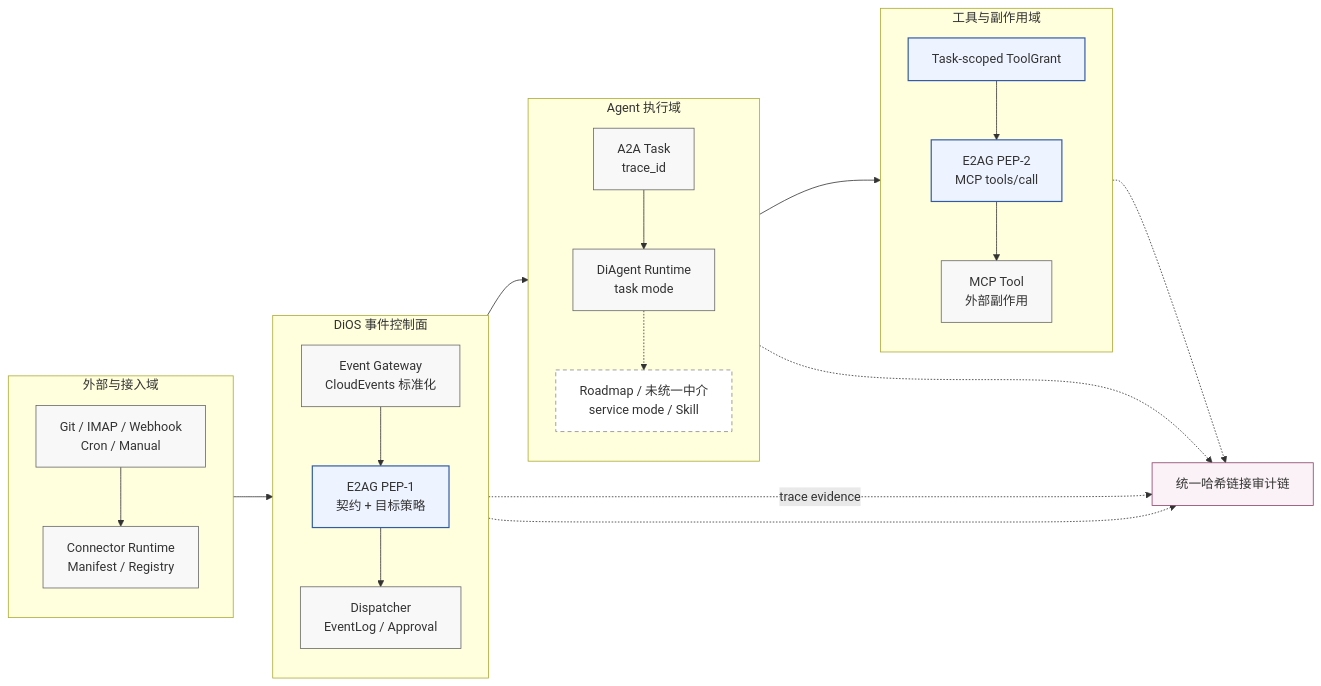
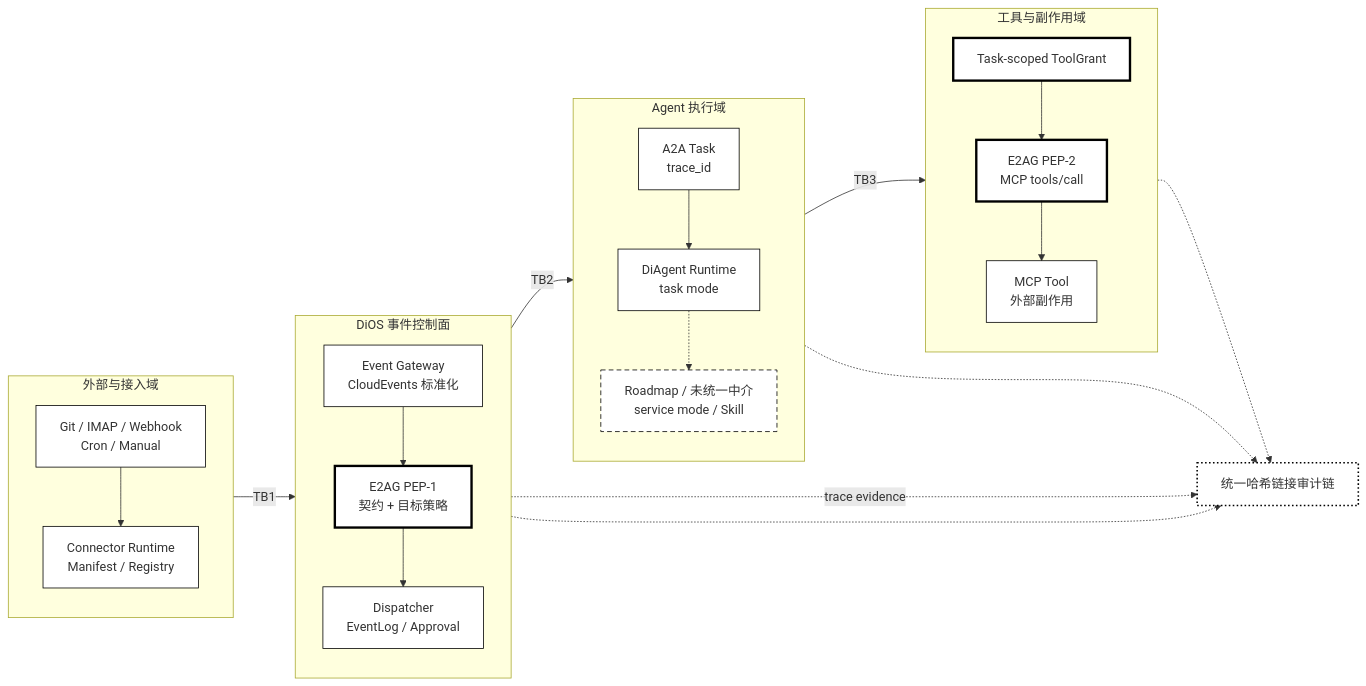
One commit to HQIT/DiOS changed the first of 2 diagrams in docs/paper/E2AG-paper-draft.md. Above: the diagram before and after it, drawn with Mermaid. The commit also changed other lines of this file and 2 other files, not shown here.

````diff
--- a/docs/paper/E2AG-paper-draft.md
+++ b/docs/paper/E2AG-paper-draft.md
@@ -70,51 +70,51 @@
 ```mermaid
 flowchart LR
     subgraph I["外部与接入域"]
         direction TB
         S["Git / IMAP / Webhook<br/>Cron / Manual"]
         C["Connector Runtime<br/>Manifest / Registry"]
         S --> C
     end
 
     subgraph O["DiOS 事件控制面"]
         direction TB
         G["Event Gateway<br/>CloudEvents 标准化"]
         P1["E2AG PEP-1<br/>契约 + 目标策略"]
         D["Dispatcher<br/>EventLog / Approval"]
         G --> P1 --> D
     end
 
     subgraph A["Agent 执行域"]
         direction TB
         T["A2A Task<br/>trace_id"]
         R["DiAgent Runtime<br/>task mode"]
         U["Roadmap / 未统一中介<br/>service mode / Skill"]
         T --> R
         R -.-> U
     end
 
     subgraph M["工具与副作用域"]
         direction TB
         Q["Task-scoped ToolGrant"]
         P2["E2AG PEP-2<br/>MCP tools/call"]
         X["MCP Tool<br/>外部副作用"]
         Q --> P2 --> X
     end
 
-    C --> G
-    D --> T
-    R --> Q
+    C -->|"TB1"| G
+    D -->|"TB2"| T
+    R -->|"TB3"| Q
     P1 -. "trace evidence" .-> L["统一哈希链接审计链"]
     D -.-> L
     T -.-> L
     P2 -.-> L
 
-    classDef e2ag fill:#eef4ff,stroke:#315aa8,stroke-width:1.5px;
-    classDef current fill:#f8f8f8,stroke:#666;
-    classDef future fill:#fff,stroke:#888,stroke-dasharray:5 4;
-    classDef audit fill:#fbf2f7,stroke:#8b3f68;
+    classDef e2ag fill:#fff,stroke:#000,stroke-width:3px;
+    classDef current fill:#fff,stroke:#000,stroke-width:1px;
+    classDef future fill:#fff,stroke:#000,stroke-width:1px,stroke-dasharray:6 4;
+    classDef audit fill:#fff,stroke:#000,stroke-width:2px,stroke-dasharray:2 3;
     class P1,P2,Q e2ag;
     class S,C,G,D,T,R,X current;
     class U future;
     class L audit;
 ```
````
